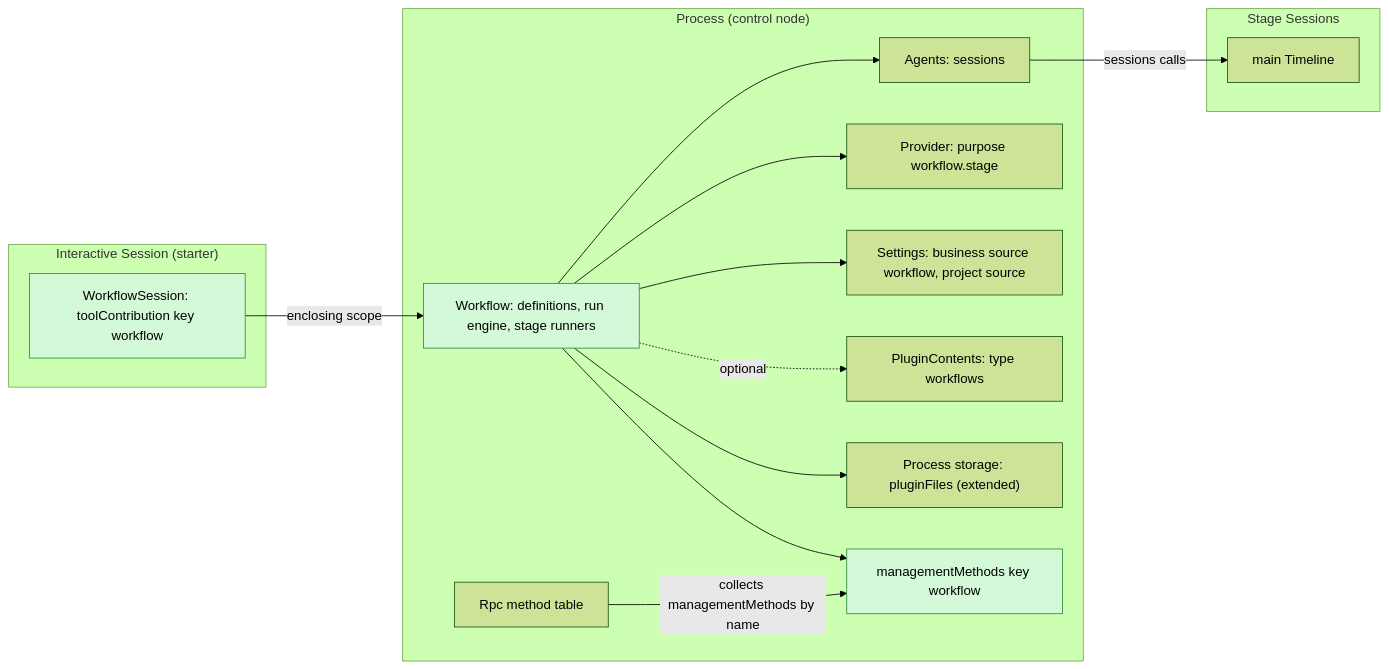
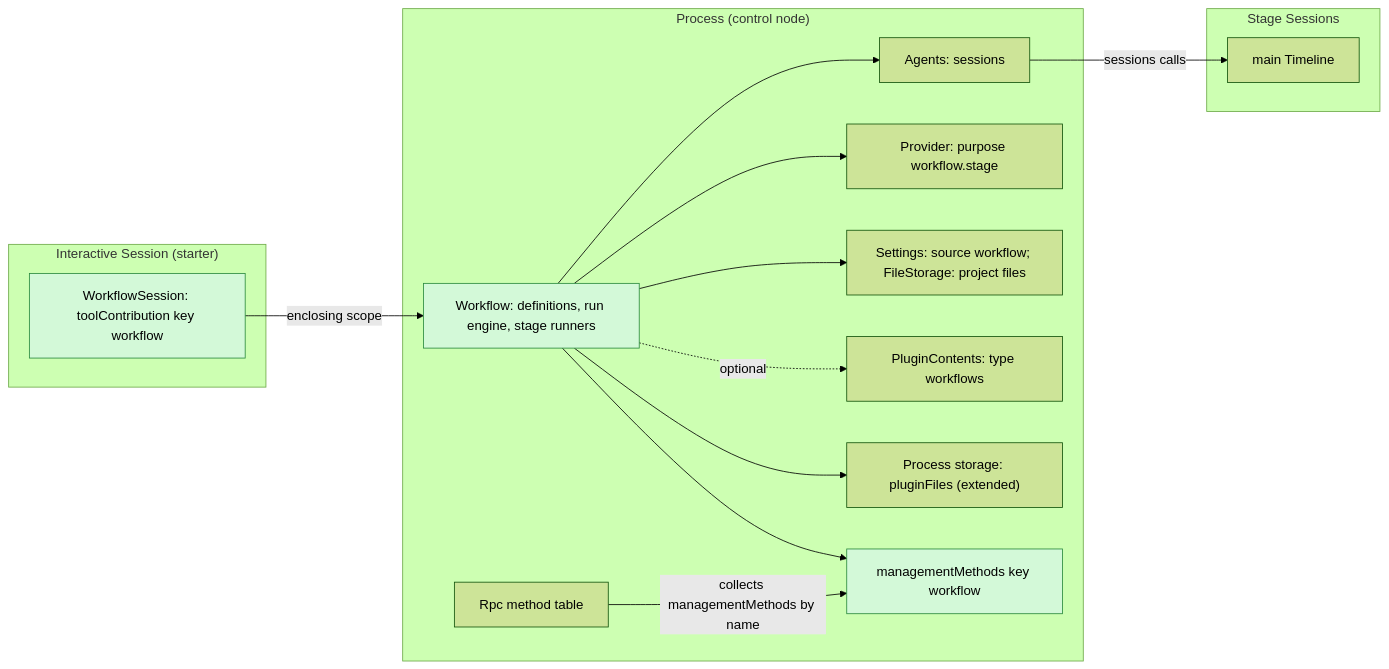
The first of 6 diagrams in docs/design/plugins/Workflow.md (CoutinhoTTS/dim-agent), drawn with Mermaid (forest theme) before and after one commit. The commit also changed other lines of this file and 27 other files, not shown here.

````diff
--- a/docs/design/plugins/Workflow.md
+++ b/docs/design/plugins/Workflow.md
@@ -13,30 +13,30 @@
 ```mermaid
 flowchart LR
   subgraph PROC["Process (control node)"]
     WF["Workflow: definitions, run engine, stage runners"]
     MM["managementMethods key workflow"]
     Agents["Agents: sessions"]
     Prov["Provider: purpose workflow.stage"]
-    Set["Settings: business source workflow, project source"]
+    Set["Settings: source workflow; FileStorage: project files"]
     PC["PluginContents: type workflows"]
     Store["Process storage: pluginFiles (extended)"]
     Rpc["Rpc method table"]
   end
   subgraph SESS["Interactive Session (starter)"]
     Tool["WorkflowSession: toolContribution key workflow"]
   end
   subgraph STG["Stage Sessions"]
     TL["main Timeline"]
   end
   Tool -->|"enclosing scope"| WF
   WF --> Agents
   WF --> Prov
   WF --> Set
   WF -.->|"optional"| PC
   WF --> Store
   WF --> MM
   Rpc -->|"collects managementMethods by name"| MM
   Agents -->|"sessions calls"| TL
   classDef new fill:#d3f9d8,stroke:#2b8a3e,color:#000
   class WF,MM,Tool new
 ```
````
